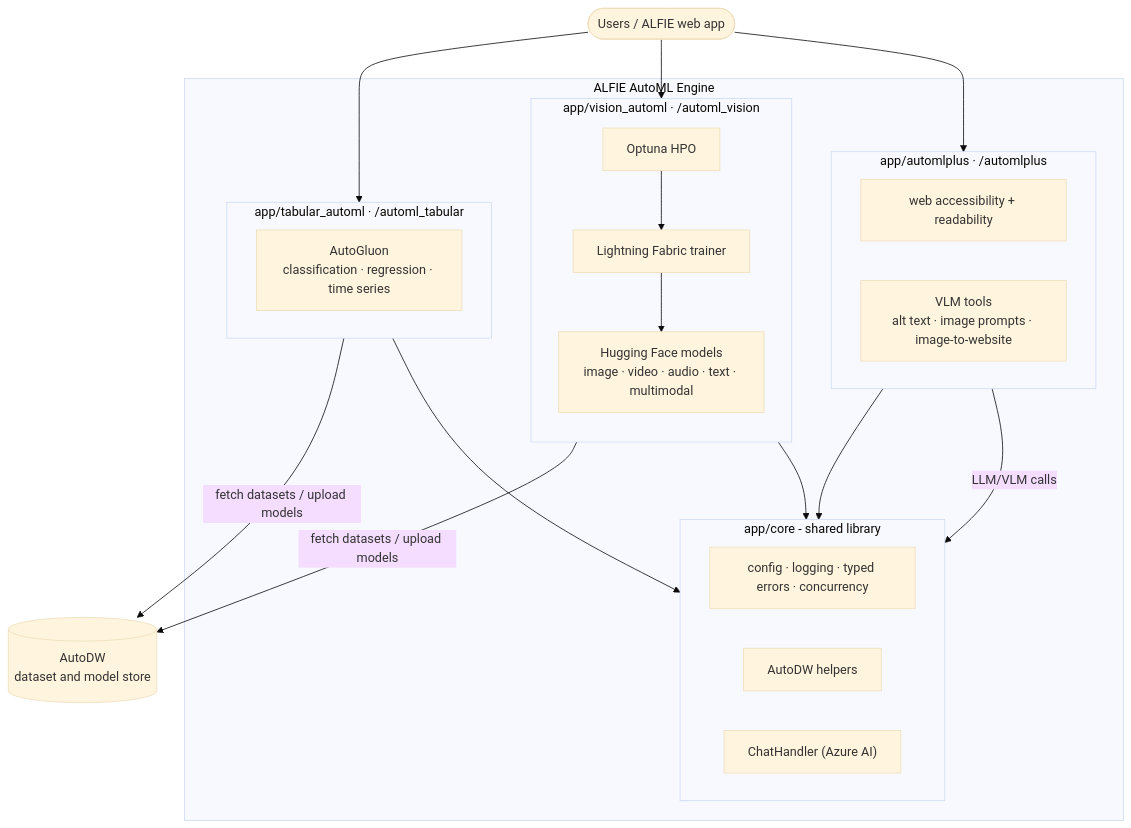
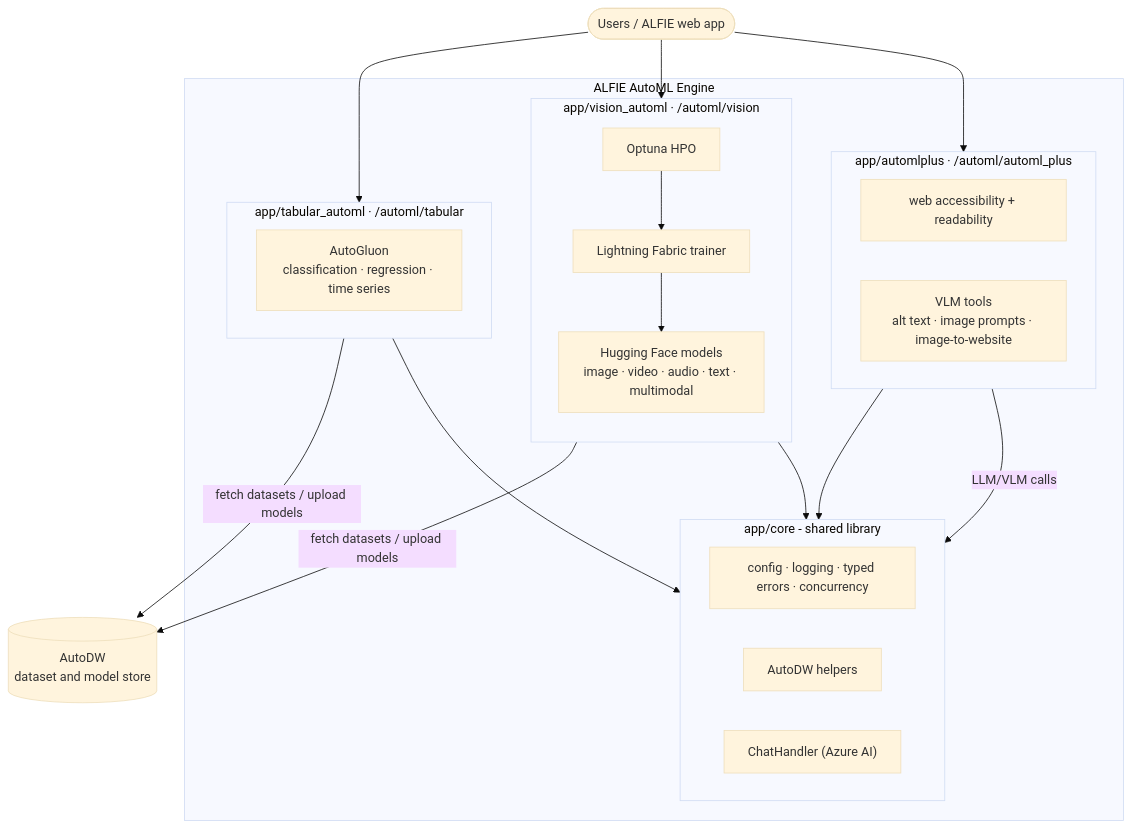
One commit to SubhadityaMukherjee/alfie_automl_engine changed the diagram in README.md. Above: the diagram before and after it, drawn with Mermaid (base theme). The commit also changed other lines of this file and 29 other files, not shown here.

````diff
--- a/README.md
+++ b/README.md
@@ -21,44 +22,44 @@
 ```mermaid
 flowchart TB
     User(["Users / ALFIE web app"])
 
     subgraph Engine["ALFIE AutoML Engine"]
         subgraph Core["app/core - shared library"]
             direction LR
             COREUTILS["config · logging · typed errors · concurrency"]
             DWHELP["AutoDW helpers"]
             CHAT["ChatHandler (Azure AI)"]
         end
 
-        subgraph Tabular["app/tabular_automl · /automl_tabular"]
+        subgraph Tabular["app/tabular_automl · /automl/tabular"]
             TG["AutoGluon<br>classification · regression · time series"]
         end
 
-        subgraph Vision["app/vision_automl · /automl_vision"]
+        subgraph Vision["app/vision_automl · /automl/vision"]
             direction TB
             HPO["Optuna HPO"]
             FABRIC["Lightning Fabric trainer"]
             HFM["Hugging Face models<br>image · video · audio · text · multimodal"]
             HPO --> FABRIC
             FABRIC --> HFM
         end
 
-        subgraph Plus["app/automlplus · /automlplus"]
+        subgraph Plus["app/automlplus · /automl/automl_plus"]
             direction LR
             ACC["web accessibility + readability"]
             VLMT["VLM tools<br>alt text · image prompts · image-to-website"]
         end
     end
 
     AutoDW[("AutoDW<br>dataset and model store")]
 
     User --> Tabular
     User --> Vision
     User --> Plus
     Tabular --> Core
     Vision --> Core
     Plus --> Core
     Tabular -- "fetch datasets / upload models" --> AutoDW
     Vision -- "fetch datasets / upload models" --> AutoDW
     Plus -- "LLM/VLM calls" --> CHAT
 ```
````
